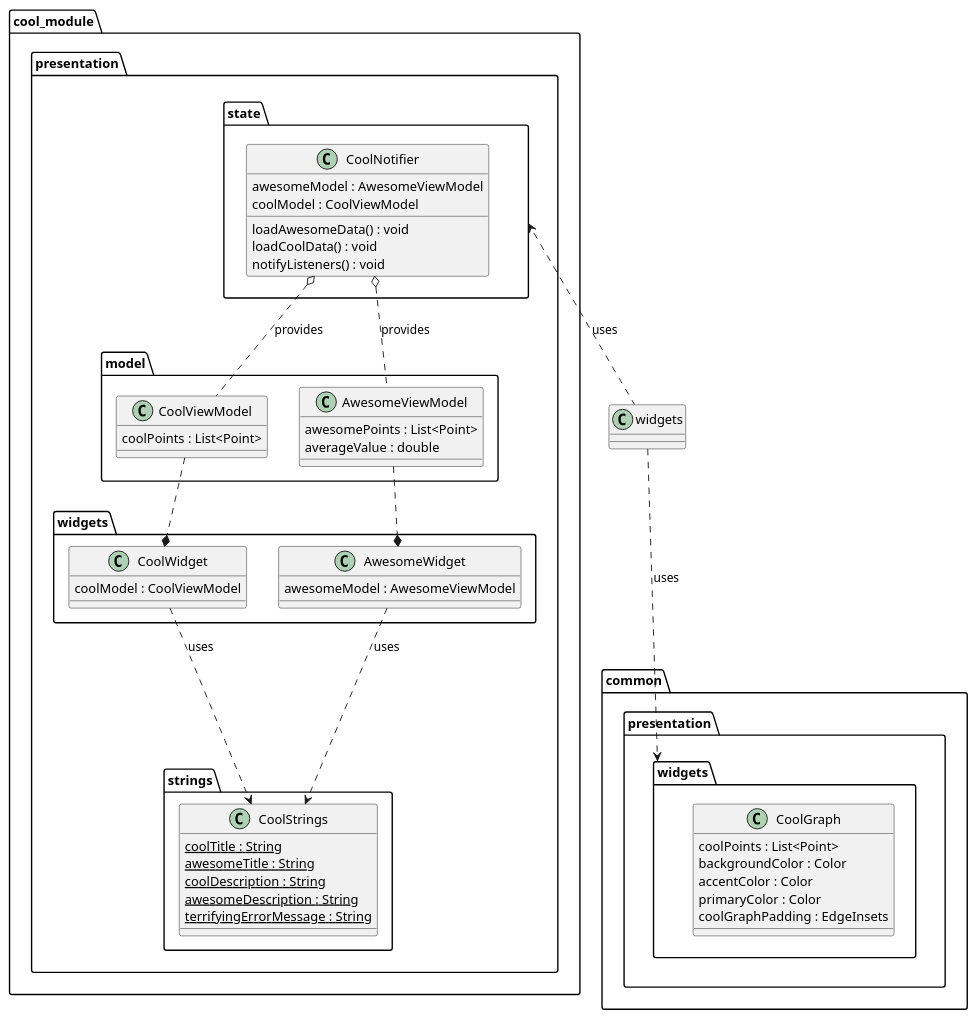
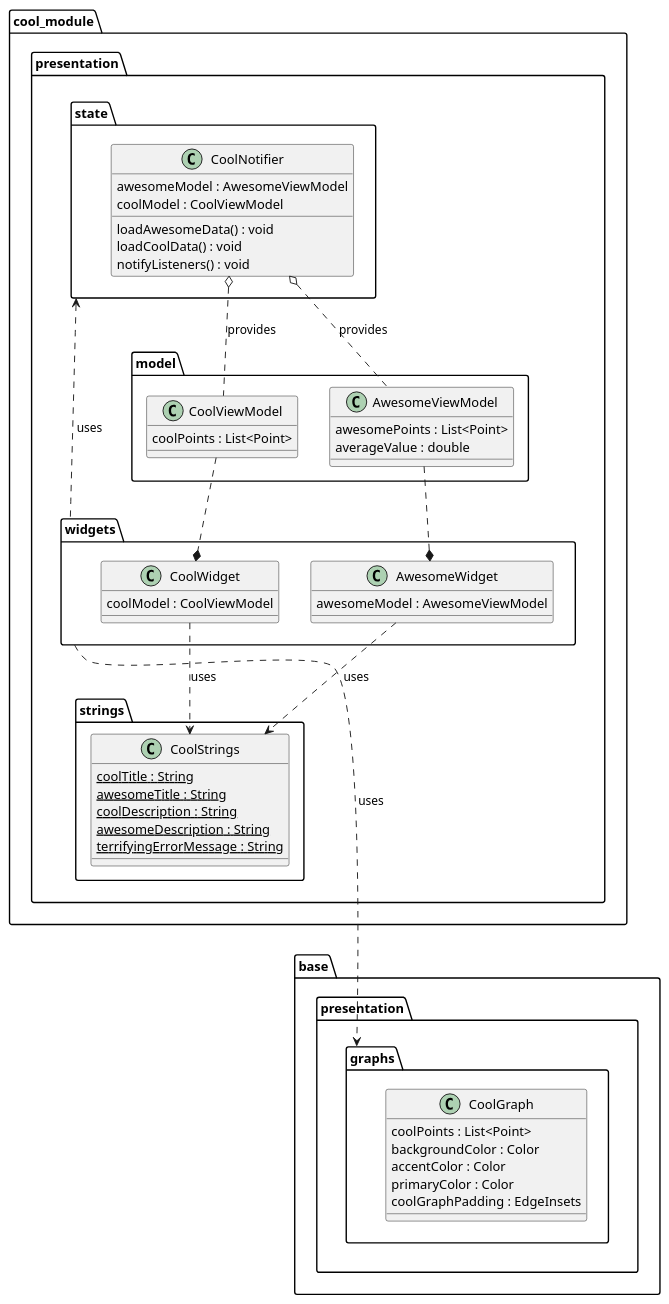
The diagram in metrics/web/docs/diagrams/widget_structure_class_diagram.puml (Flank/flank-dashboard), drawn with PlantUML before and after one commit. The commit also changed 9 other files, not shown here.

Commit message:
Improve metrics web app architecture

```diff
--- a/metrics/web/docs/diagrams/widget_structure_class_diagram.puml
+++ b/metrics/web/docs/diagrams/widget_structure_class_diagram.puml
@@ -1,70 +1,70 @@
 @startuml widget_structure_class_diagram
 top to bottom direction
 
-package common.presentation.widgets {
+package base.presentation.graphs {
     class CoolGraph {
         coolPoints : List<Point>
         backgroundColor : Color
         accentColor : Color
         primaryColor : Color
         coolGraphPadding : EdgeInsets
     }
 }
 
 package cool_module.presentation {
     package state {
         class CoolNotifier {
             awesomeModel : AwesomeViewModel
             coolModel : CoolViewModel
 
             loadAwesomeData() : void
             loadCoolData() : void
             notifyListeners() : void
         }
     }
 
     package model {
         class CoolViewModel {
             coolPoints : List<Point>
         }
 
         class AwesomeViewModel {
             awesomePoints : List<Point>
             averageValue : double
         }
     }
 
     package widgets {
         class CoolWidget {
             coolModel : CoolViewModel
         }
 
         class AwesomeWidget {
             awesomeModel : AwesomeViewModel
         }
     }
 
     package strings {
         class CoolStrings {
             {static} coolTitle : String
             {static} awesomeTitle : String
             {static} coolDescription : String
             {static} awesomeDescription : String
             {static} terrifyingErrorMessage : String
         }
     }
 }
 
-widgets ...> common.presentation.widgets : uses
+widgets ...> base.presentation.graphs : uses
 widgets .up.> state : uses
 
 CoolNotifier o.down. AwesomeViewModel : provides
 CoolNotifier o.down. CoolViewModel : provides
 
 CoolWidget ..> CoolStrings : uses
 CoolWidget *.up. CoolViewModel
 
 AwesomeWidget *.up. AwesomeViewModel
 AwesomeWidget ..> CoolStrings : uses
 
 @enduml
```
